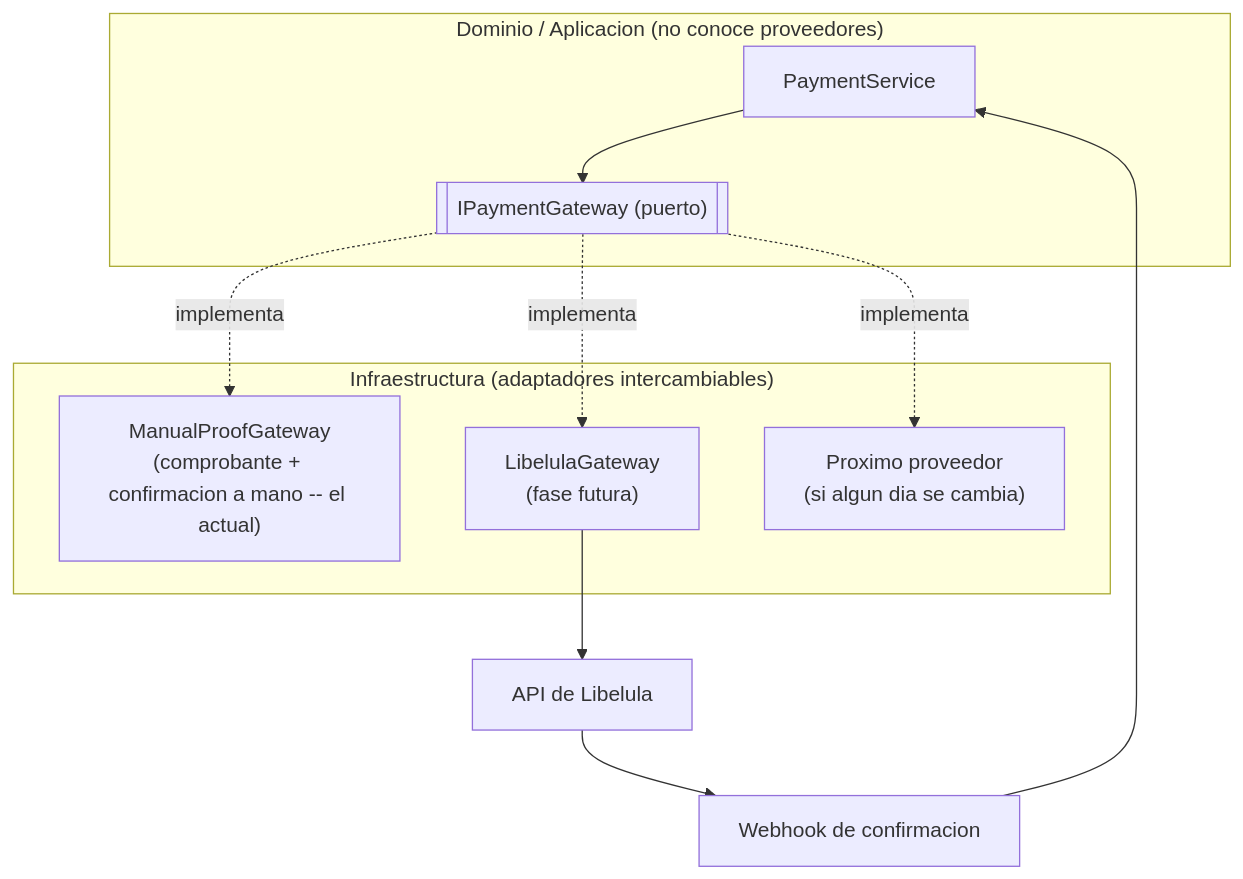
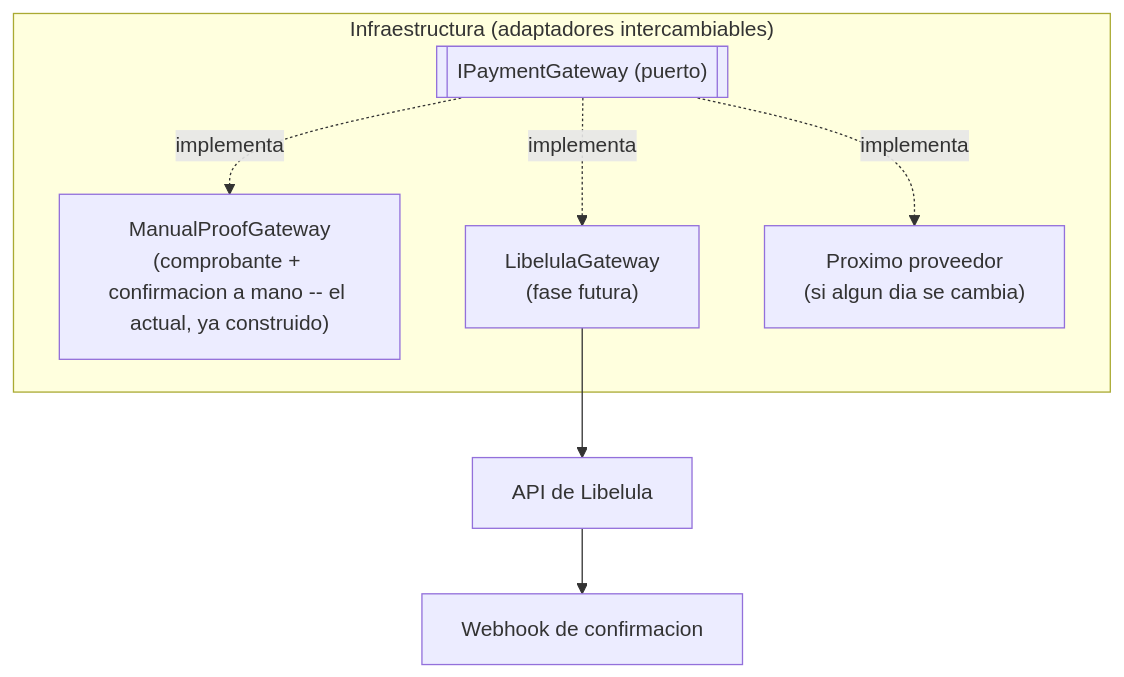
Before and after one commit to Jhoshoa/salon-facil: the third of 3 diagrams in docs/booking/pricing-and-payments.md, drawn with Mermaid. The commit also changed other lines of this file and 4 other files, not shown here.

````diff
--- a/docs/booking/pricing-and-payments.md
+++ b/docs/booking/pricing-and-payments.md
@@ -296,20 +295,15 @@
 ```mermaid
 graph TB
-    subgraph "Dominio / Aplicacion (no conoce proveedores)"
-        PS[PaymentService]
+    subgraph "Infraestructura (adaptadores intercambiables)"
         PORT[["IPaymentGateway (puerto)"]]
-    end
-    subgraph "Infraestructura (adaptadores intercambiables)"
-        MANUAL["ManualProofGateway<br/>(comprobante + confirmacion a mano -- el actual)"]
+        MANUAL["ManualProofGateway<br/>(comprobante + confirmacion a mano -- el actual, ya construido)"]
         LIBELULA["LibelulaGateway<br/>(fase futura)"]
         OTRO["Proximo proveedor<br/>(si algun dia se cambia)"]
     end
 
-    PS --> PORT
     PORT -.implementa.-> MANUAL
     PORT -.implementa.-> LIBELULA
     PORT -.implementa.-> OTRO
     LIBELULA --> API[API de Libelula]
     API --> WEBHOOK[Webhook de confirmacion]
-    WEBHOOK --> PS
 ```
````
